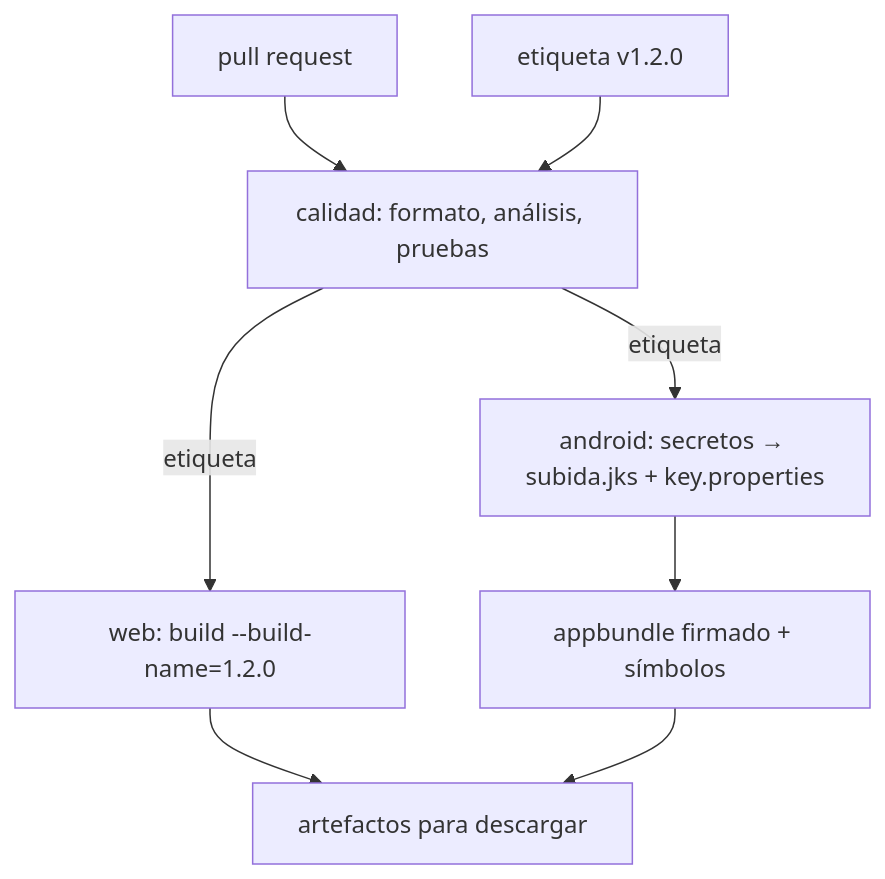
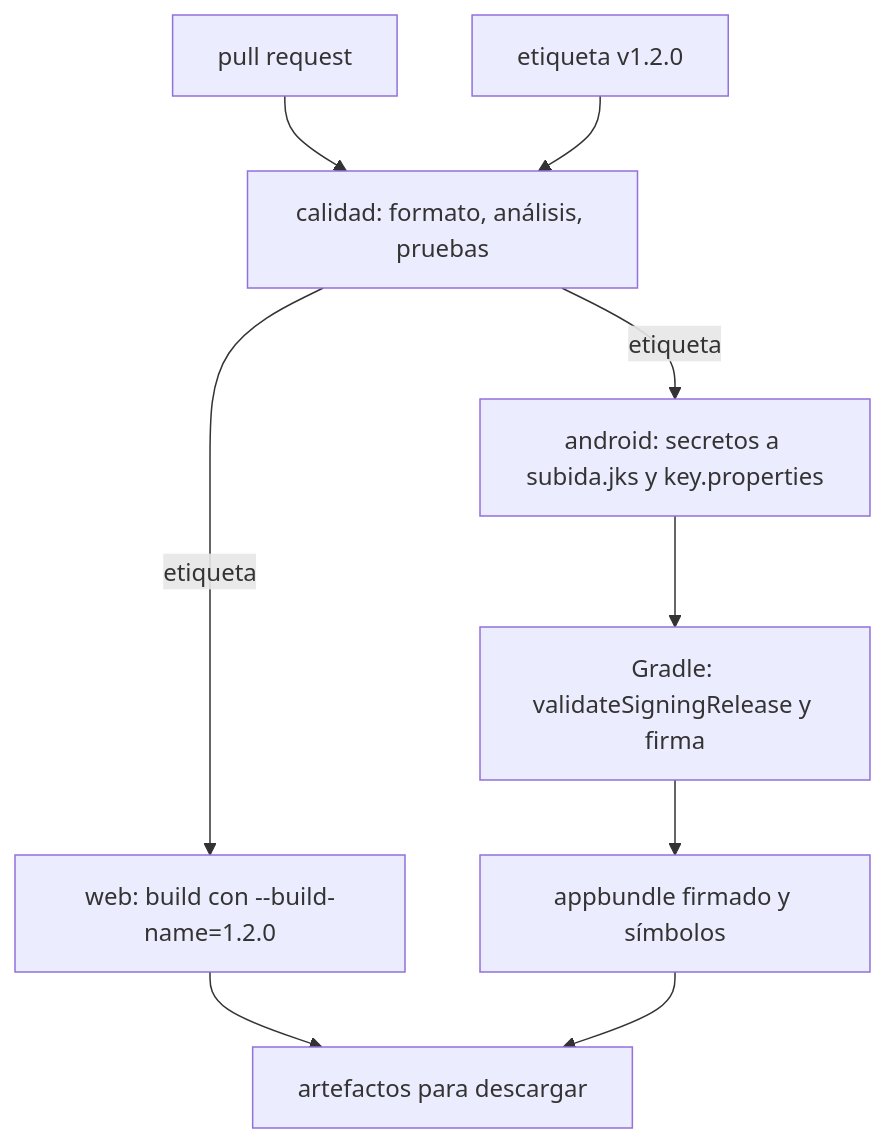
The fourth of 4 diagrams in web/public/content/flutter/modulo-11.md (NICORUIZ93/The_Imperial_Book), drawn with Mermaid before and after one commit. The commit also changed other lines of this file and 65 other files, not shown here.

````diff
--- a/web/public/content/flutter/modulo-11.md
+++ b/web/public/content/flutter/modulo-11.md
@@ -1098,10 +1435,11 @@
 ```mermaid
 flowchart TB
     PR["pull request"] --> Q["calidad: formato, análisis, pruebas"]
     TAG["etiqueta v1.2.0"] --> Q
-    Q -->|etiqueta| W["web: build --build-name=1.2.0"]
-    Q -->|etiqueta| A["android: secretos → subida.jks + key.properties"]
-    A --> AAB["appbundle firmado + símbolos"]
+    Q -->|"etiqueta"| W["web: build con --build-name=1.2.0"]
+    Q -->|"etiqueta"| A["android: secretos a subida.jks y key.properties"]
+    A --> G["Gradle: validateSigningRelease y firma"]
+    G --> AAB["appbundle firmado y símbolos"]
     W --> ART["artefactos para descargar"]
     AAB --> ART
 ```
````
